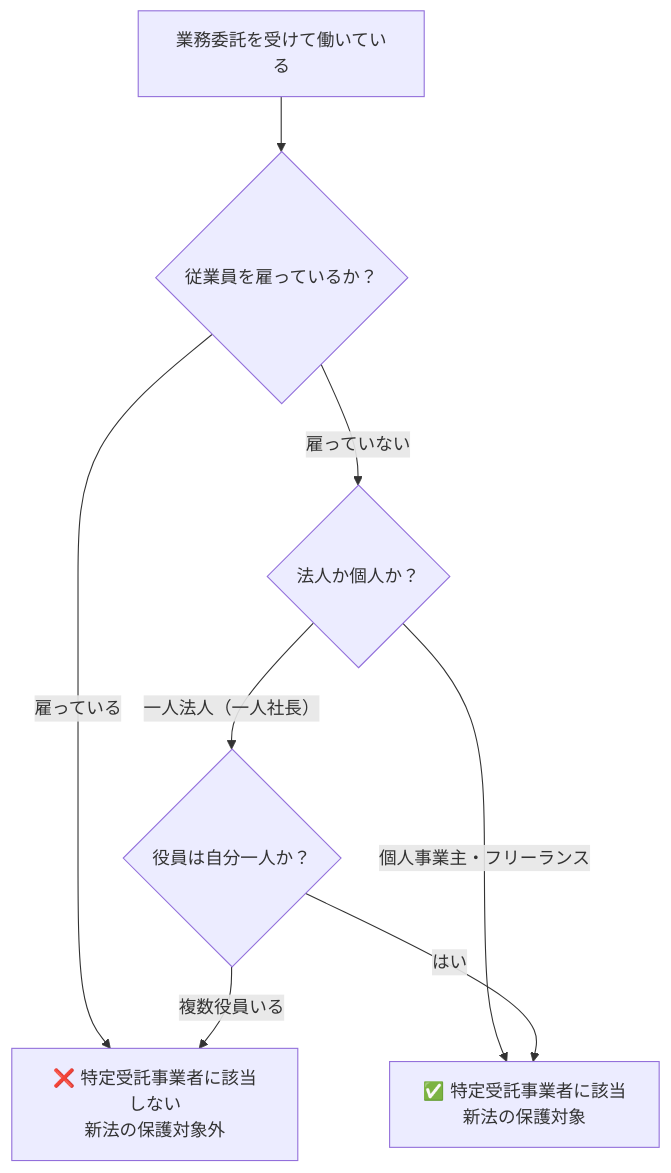
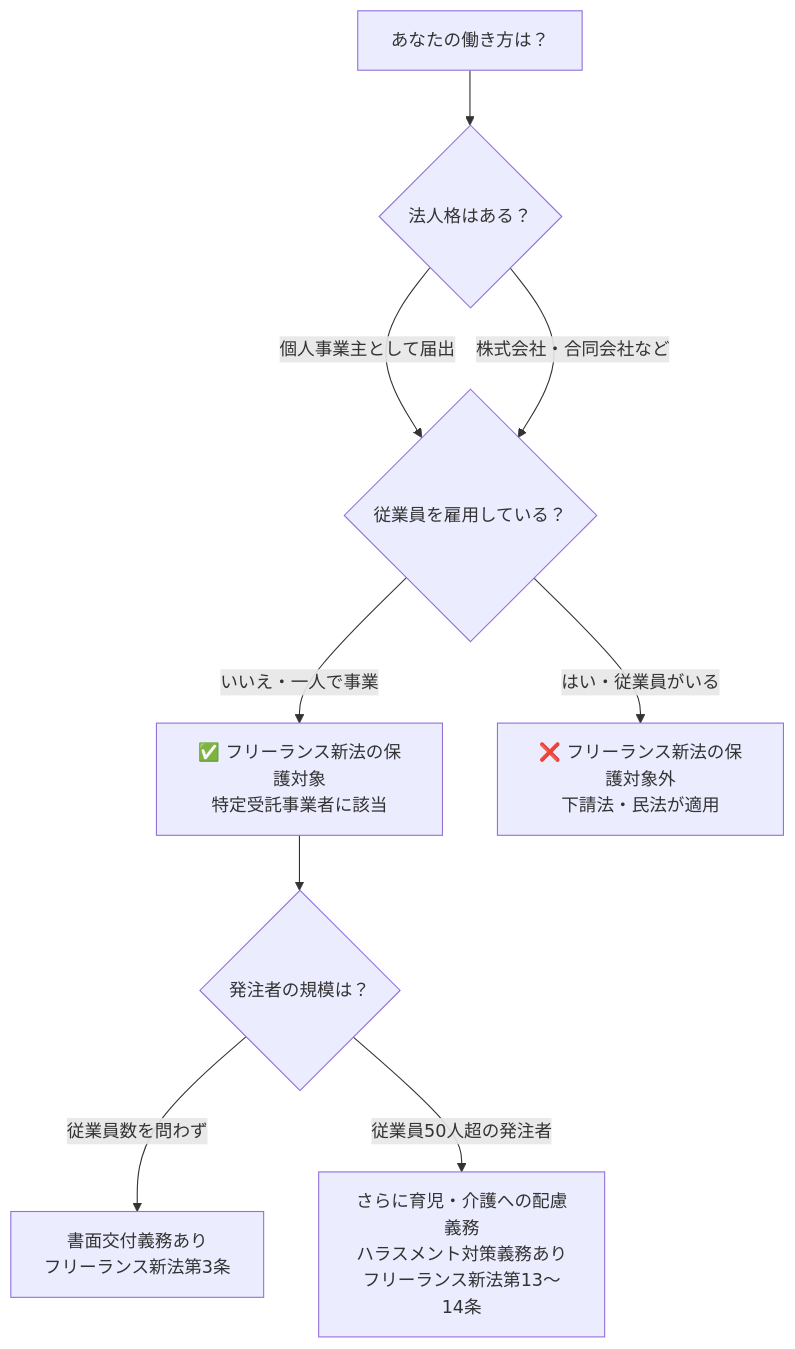
Before and after one commit to tukki-koh/freelance-articles: the diagram in 19_個人事業主とフリーランスの違い｜フリーランス新法の適用はどちらか.md, drawn with Mermaid. The commit also changed other lines of this file, not shown here.

```diff
--- a/19_個人事業主とフリーランスの違い｜フリーランス新法の適用はどちらか.md
+++ b/19_個人事業主とフリーランスの違い｜フリーランス新法の適用はどちらか.md
@@ -62,10 +49,11 @@
 ~~~mermaid
 flowchart TD
-    A[業務委託を受けて働いている] --> B{従業員を雇っているか？}
-    B -->|雇っている| C[❌ 特定受託事業者に該当しない\n新法の保護対象外]
-    B -->|雇っていない| D{法人か個人か？}
-    D -->|個人事業主・フリーランス| E[✅ 特定受託事業者に該当\n新法の保護対象]
-    D -->|一人法人（一人社長）| F{役員は自分一人か？}
-    F -->|はい| E
-    F -->|複数役員いる| C
+    A[あなたの働き方は？] --> B{法人格はある？}
+    B -->|個人事業主として届出| C{従業員を雇用している？}
+    B -->|株式会社・合同会社など| C
+    C -->|いいえ・一人で事業| D[✅ フリーランス新法の保護対象\n特定受託事業者に該当]
+    C -->|はい・従業員がいる| E[❌ フリーランス新法の保護対象外\n下請法・民法が適用]
+    D --> F{発注者の規模は？}
+    F -->|従業員数を問わず| G[書面交付義務あり\nフリーランス新法第3条]
+    F -->|従業員50人超の発注者| H[さらに育児・介護への配慮義務\nハラスメント対策義務あり\nフリーランス新法第13〜14条]
 ~~~
```
